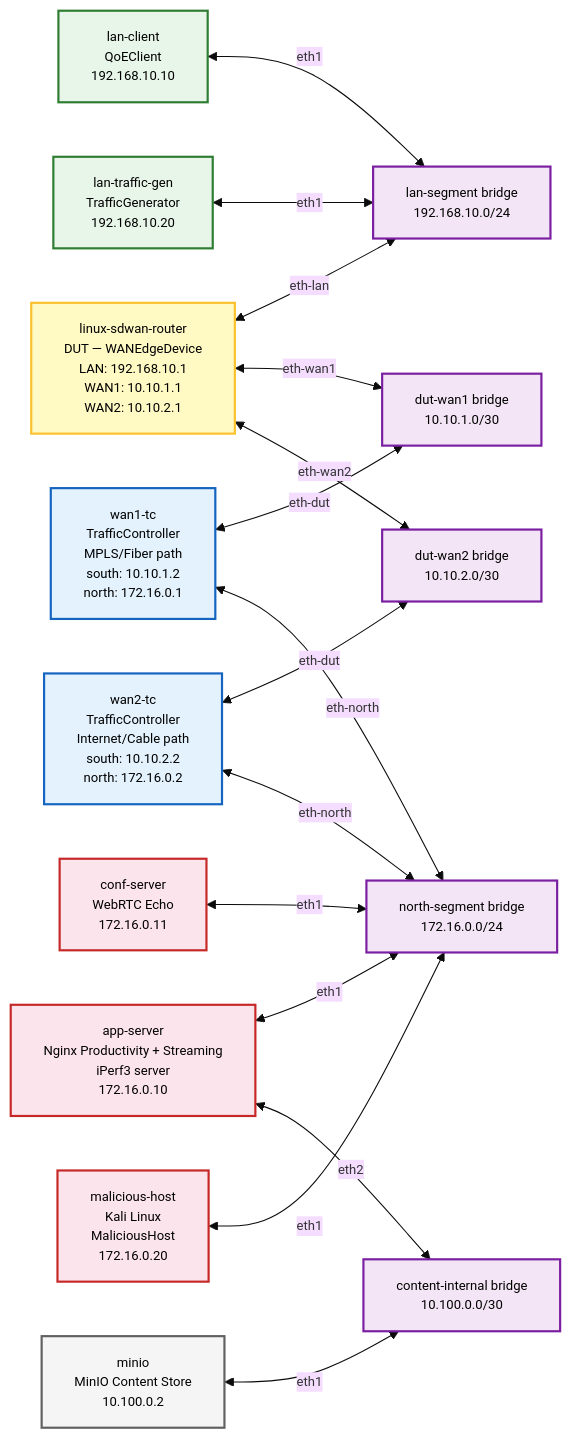
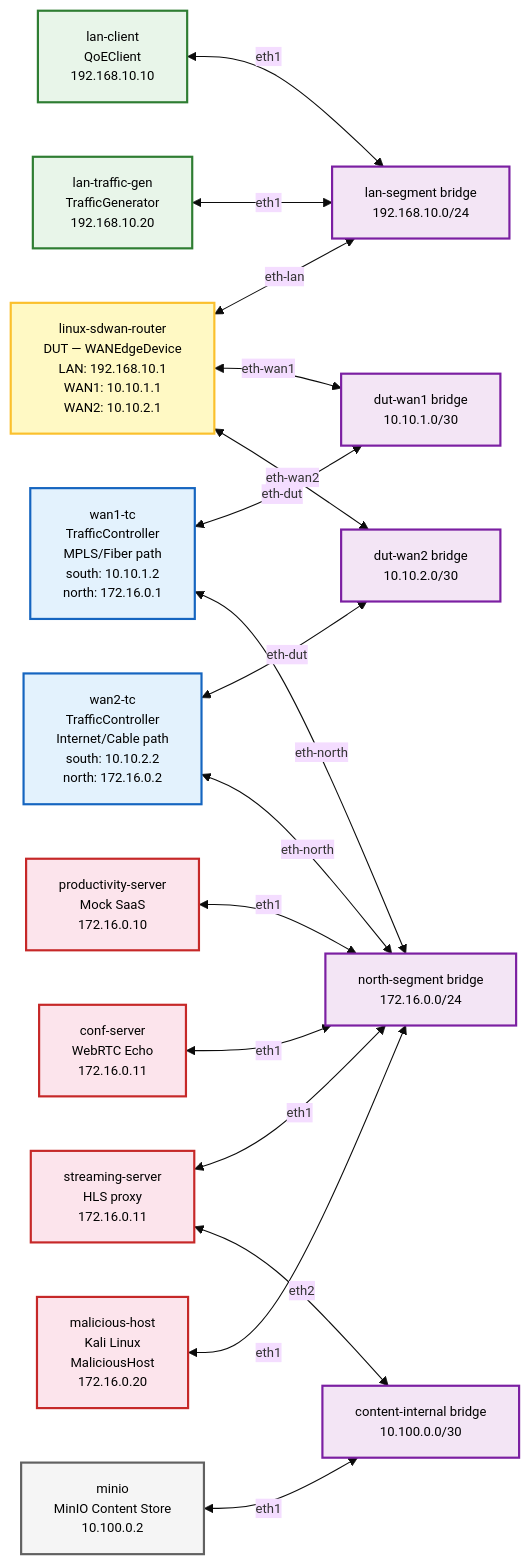
The second of 2 diagrams in docs/SDWAN_Testbed_Configuration.md (alottabits/boardfarm-bdd), drawn with Mermaid before and after one commit. The commit also changed other lines of this file and 3 other files, not shown here.

````diff
--- a/docs/SDWAN_Testbed_Configuration.md
+++ b/docs/SDWAN_Testbed_Configuration.md
@@ -93,69 +120,71 @@
 ```mermaid
 %%{init: {'theme': 'base', 'themeVariables': { 'fontSize': '12px', 'fontFamily': 'arial' }}}%%
 graph LR
     %% --- LAN SIDE ---
     LAN_CLIENT[lan-client<br/>QoEClient<br/>192.168.10.10]
     LAN_GEN[lan-traffic-gen<br/>TrafficGenerator<br/>192.168.10.20]
 
     %% --- OVS BRIDGES ---
     BR_LAN[lan-segment bridge<br/>192.168.10.0/24]
     BR_WAN1[dut-wan1 bridge<br/>10.10.1.0/30]
     BR_WAN2[dut-wan2 bridge<br/>10.10.2.0/30]
     BR_NORTH[north-segment bridge<br/>172.16.0.0/24]
     BR_CONTENT[content-internal bridge<br/>10.100.0.0/30]
 
     %% --- DUT ---
     DUT[linux-sdwan-router<br/>DUT — WANEdgeDevice<br/>LAN: 192.168.10.1<br/>WAN1: 10.10.1.1<br/>WAN2: 10.10.2.1]
 
     %% --- TRAFFIC CONTROLLERS ---
     TC1[wan1-tc<br/>TrafficController<br/>MPLS/Fiber path<br/>south: 10.10.1.2<br/>north: 172.16.0.1]
     TC2[wan2-tc<br/>TrafficController<br/>Internet/Cable path<br/>south: 10.10.2.2<br/>north: 172.16.0.2]
 
     %% --- NORTH SIDE SERVICES ---
-    APP[app-server<br/>Nginx Productivity + Streaming<br/>iPerf3 server<br/>172.16.0.10]
+    PROD[productivity-server<br/>Mock SaaS<br/>172.16.0.10]
+    STREAM[streaming-server<br/>HLS proxy<br/>172.16.0.11]
     CONF[conf-server<br/>WebRTC Echo<br/>172.16.0.11]
     MAL[malicious-host<br/>Kali Linux<br/>MaliciousHost<br/>172.16.0.20]
 
     %% --- CONTENT ORIGIN ---
     MINIO[minio<br/>MinIO Content Store<br/>10.100.0.2]
 
     %% --- LAN CONNECTIONS ---
     LAN_CLIENT <-->|eth1| BR_LAN
     LAN_GEN <-->|eth1| BR_LAN
     DUT <-->|eth-lan| BR_LAN
 
     %% --- DUT-to-TC CONNECTIONS ---
     DUT <-->|eth-wan1| BR_WAN1
     TC1 <-->|eth-dut| BR_WAN1
 
     DUT <-->|eth-wan2| BR_WAN2
     TC2 <-->|eth-dut| BR_WAN2
 
     %% --- TC-to-NORTH CONNECTIONS ---
     TC1 <-->|eth-north| BR_NORTH
     TC2 <-->|eth-north| BR_NORTH
 
     %% --- NORTH-SIDE CONNECTIONS ---
-    APP <-->|eth1| BR_NORTH
+    PROD <-->|eth1| BR_NORTH
+    STREAM <-->|eth1| BR_NORTH
     CONF <-->|eth1| BR_NORTH
     MAL <-->|eth1| BR_NORTH
 
     %% --- CONTENT-INTERNAL CONNECTIONS ---
-    APP <-->|eth2| BR_CONTENT
+    STREAM <-->|eth2| BR_CONTENT
     MINIO <-->|eth1| BR_CONTENT
 
     %% --- STYLING ---
     classDef dut fill:#fff9c4,stroke:#fbc02d,stroke-width:2px,color:black
     classDef tc fill:#e3f2fd,stroke:#1565c0,stroke-width:2px,color:black
     classDef client fill:#e8f5e9,stroke:#2e7d32,stroke-width:2px,color:black
     classDef north fill:#fce4ec,stroke:#c62828,stroke-width:2px,color:black
     classDef bridge fill:#f3e5f5,stroke:#7b1fa2,stroke-width:2px,color:black
     classDef infra fill:#f5f5f5,stroke:#616161,stroke-width:2px,color:black
 
     class DUT dut
     class TC1,TC2 tc
     class LAN_CLIENT,LAN_GEN client
-    class APP,CONF,MAL north
+    class PROD,STREAM,CONF,MAL north
     class BR_LAN,BR_WAN1,BR_WAN2,BR_NORTH,BR_CONTENT bridge
     class MINIO infra
 ```
````
